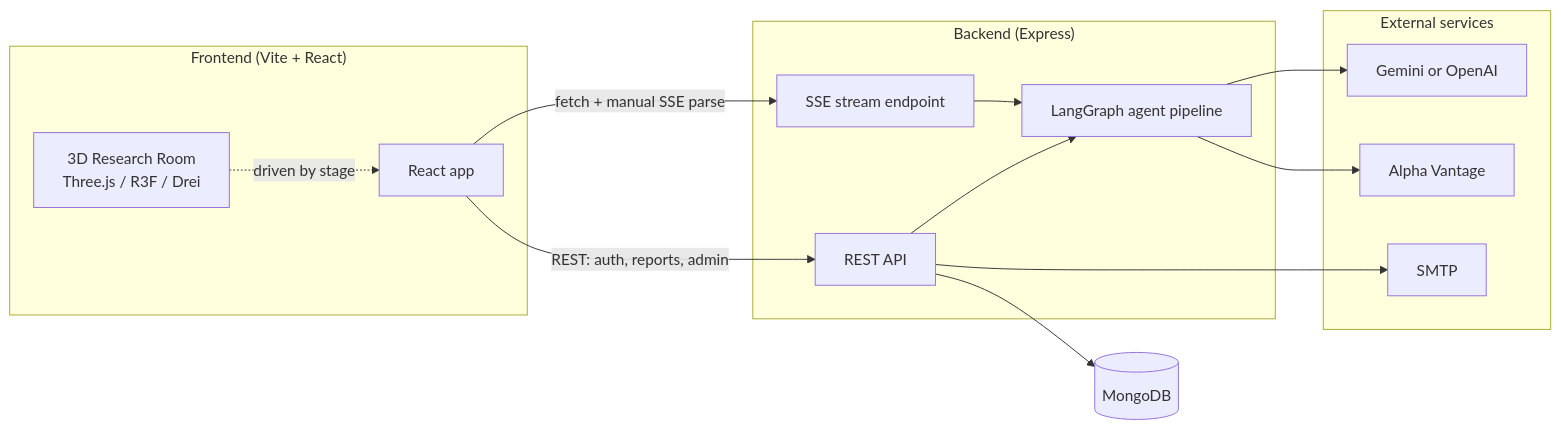
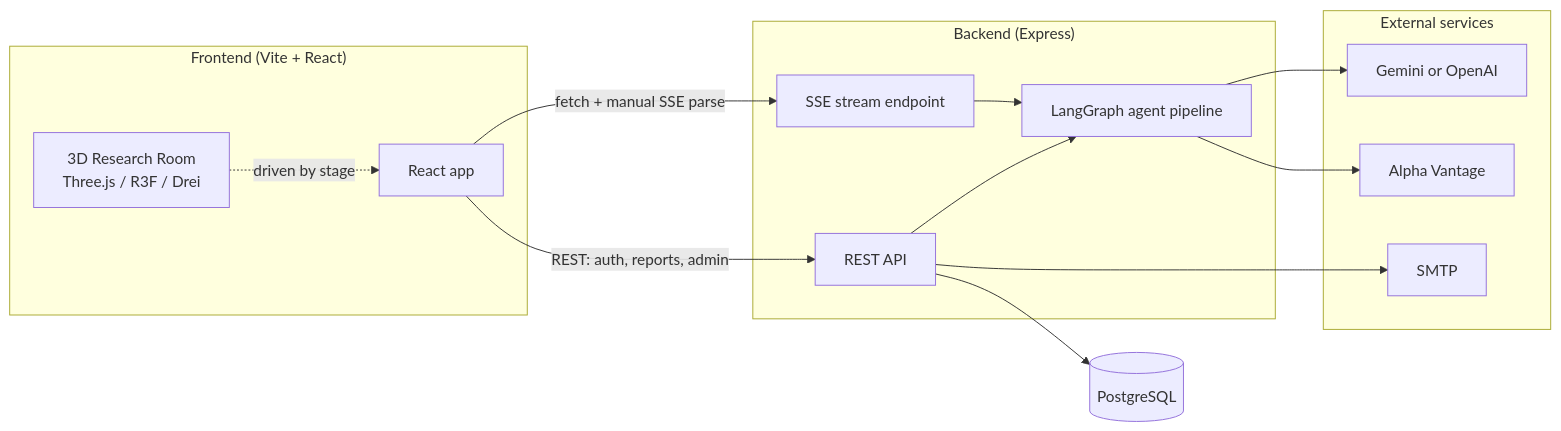
One commit to eslavathkalyan/InvestAI changed the first of 2 diagrams in README.md. Above: the diagram before and after it, drawn with Mermaid. The commit also changed other lines of this file, not shown here.

Commit message:
Update README.md with PostgreSQL database configuration and architecture description

````diff
--- a/README.md
+++ b/README.md
@@ -66,31 +66,31 @@
 ```mermaid
 flowchart LR
     subgraph Client["Frontend (Vite + React)"]
         FE[React app]
         Room[3D Research Room<br/>Three.js / R3F / Drei]
     end
 
     subgraph Server["Backend (Express)"]
         API[REST API]
         SSE[SSE stream endpoint]
         Graph[LangGraph agent pipeline]
     end
 
     subgraph External["External services"]
         LLM[Gemini or OpenAI]
         AV[Alpha Vantage]
         Mail[SMTP]
     end
 
-    DB[(MongoDB)]
+    DB[(PostgreSQL)]
 
     FE -- "REST: auth, reports, admin" --> API
     FE -- "fetch + manual SSE parse" --> SSE
     Room -.driven by stage.-> FE
     API --> DB
     SSE --> Graph
     API --> Graph
     Graph --> LLM
     Graph --> AV
     API --> Mail
 ```
````
